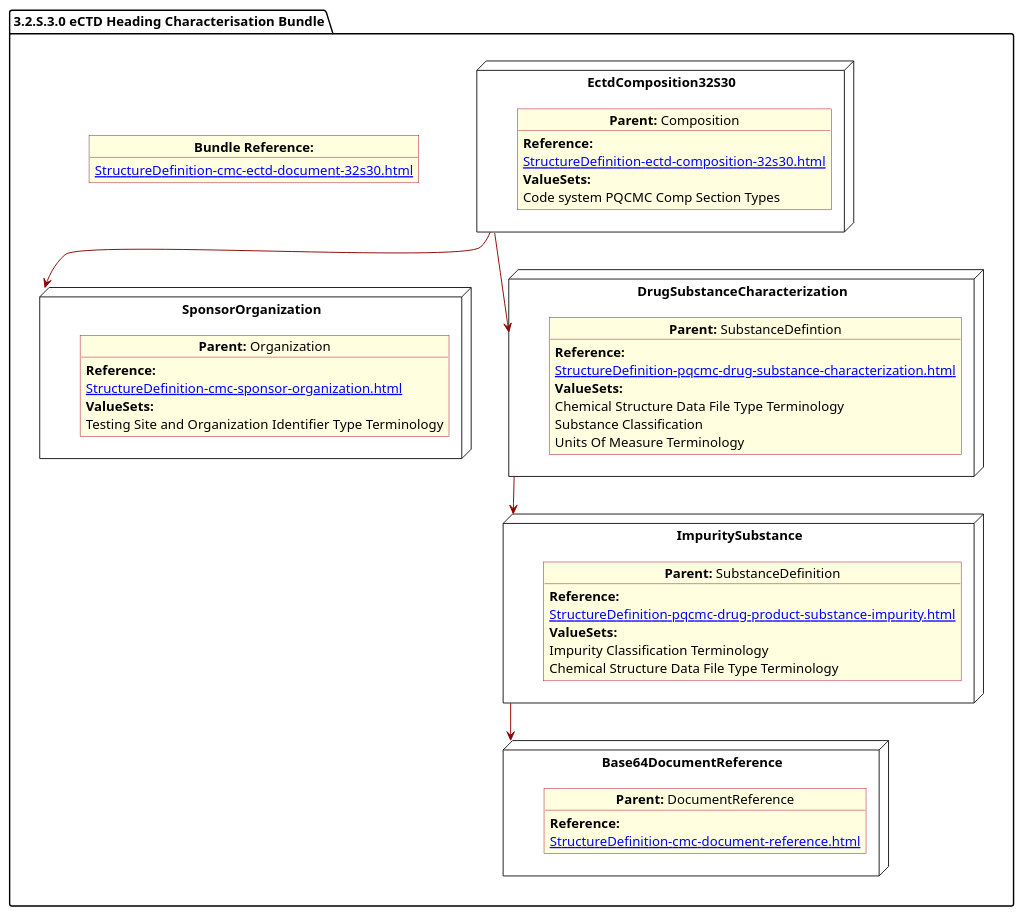
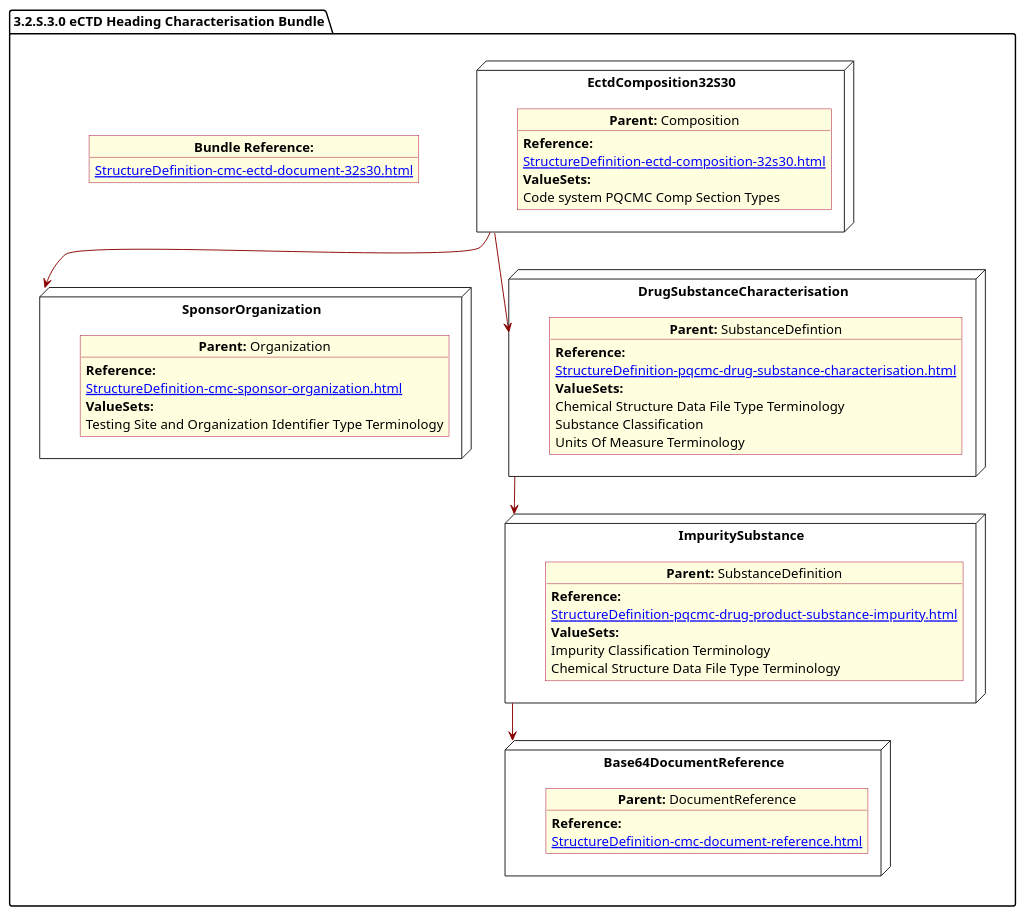
The diagram in input/images-source/SubstanceImpurity.plantuml (HL7/FHIR-us-pq-cmc-fda), drawn with PlantUML before and after one commit. The commit also changed 13 other files, not shown here.

```diff
--- a/input/images-source/SubstanceImpurity.plantuml
+++ b/input/images-source/SubstanceImpurity.plantuml
@@ -1,72 +1,72 @@
 @startuml SubstanceImpurity
 allowmixing
 'Mixed model of use case and object
 skinparam svgDimensionStyle false
 skinparam ObjectBackgroundColor LightYellow
 skinparam ObjectBorderColor #A80036
 skinparam activityDiamondBorderColor #A80036
 skinparam activityDiamondBackgroundColor lawnGreen
 skinparam ClassBorderThickness 4
 
 package "3.2.S.3.0 eCTD Heading Characterisation Bundle" as NODES {
   object "**Bundle Reference:**" as objbun {
     [[StructureDefinition-cmc-ectd-document-32s30.html]]
   }
 
   node "EctdComposition32S30" as N1 {
 
     object "**Parent:** Composition" as obj1 {
       **Reference:**
       [[StructureDefinition-ectd-composition-32s30.html]]
       **ValueSets:**
       Code system PQCMC Comp Section Types
     }
   }
   node "SponsorOrganization" as NSO {
 
     object "**Parent:** Organization" as objAu {
       **Reference:**
       [[StructureDefinition-cmc-sponsor-organization.html]]
       **ValueSets:**
       Testing Site and Organization Identifier Type Terminology
     }
   }
 
-  node "DrugSubstanceCharacterization" as NN {
+  node "DrugSubstanceCharacterisation" as NN {
 
     object "**Parent:** SubstanceDefintion" as obj3 {
 
       **Reference:**
-      [[StructureDefinition-pqcmc-drug-substance-characterization.html]]
+      [[StructureDefinition-pqcmc-drug-substance-characterisation.html]]
       **ValueSets:**
       Chemical Structure Data File Type Terminology
       Substance Classification
       Units Of Measure Terminology
     }
   }
 
   node "ImpuritySubstance" as N6 {
 
     object "**Parent:** SubstanceDefinition" as obj2 {
       **Reference:**
       [[StructureDefinition-pqcmc-drug-product-substance-impurity.html]]
       **ValueSets:**
       Impurity Classification Terminology
       Chemical Structure Data File Type Terminology
     }
   }
   node "Base64DocumentReference" as NB64 {
 
     object "**Parent:** DocumentReference"  as obj64 {
 
       **Reference:**
       [[StructureDefinition-cmc-document-reference.html]]
     }
 
   }
   N1 -[#darkred]-> NSO
   NN -[#darkred]-> N6
   N1 -[#darkred]-> NN
   N6 -[#darkred]-> NB64
 }
 @enduml
```
